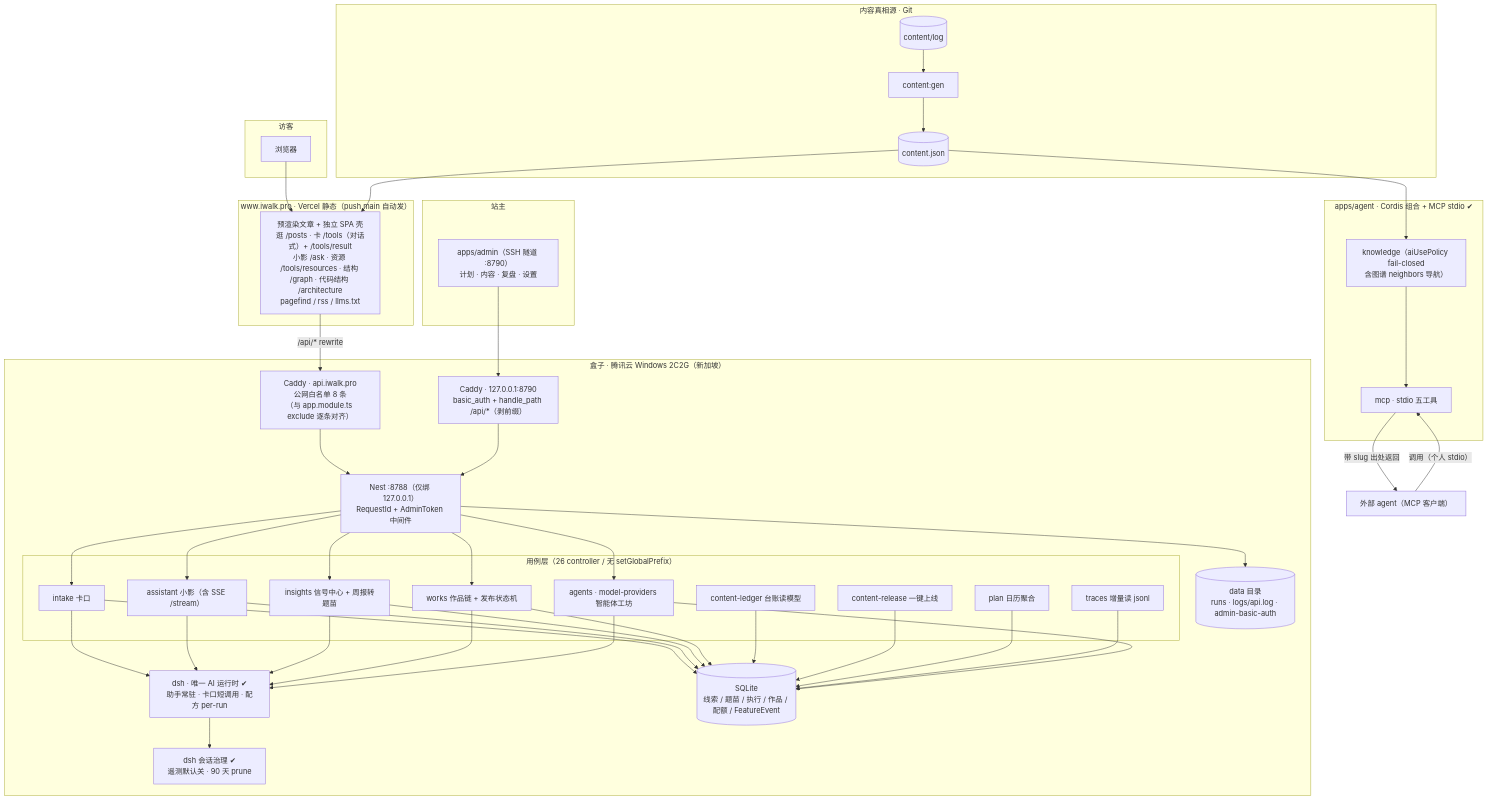
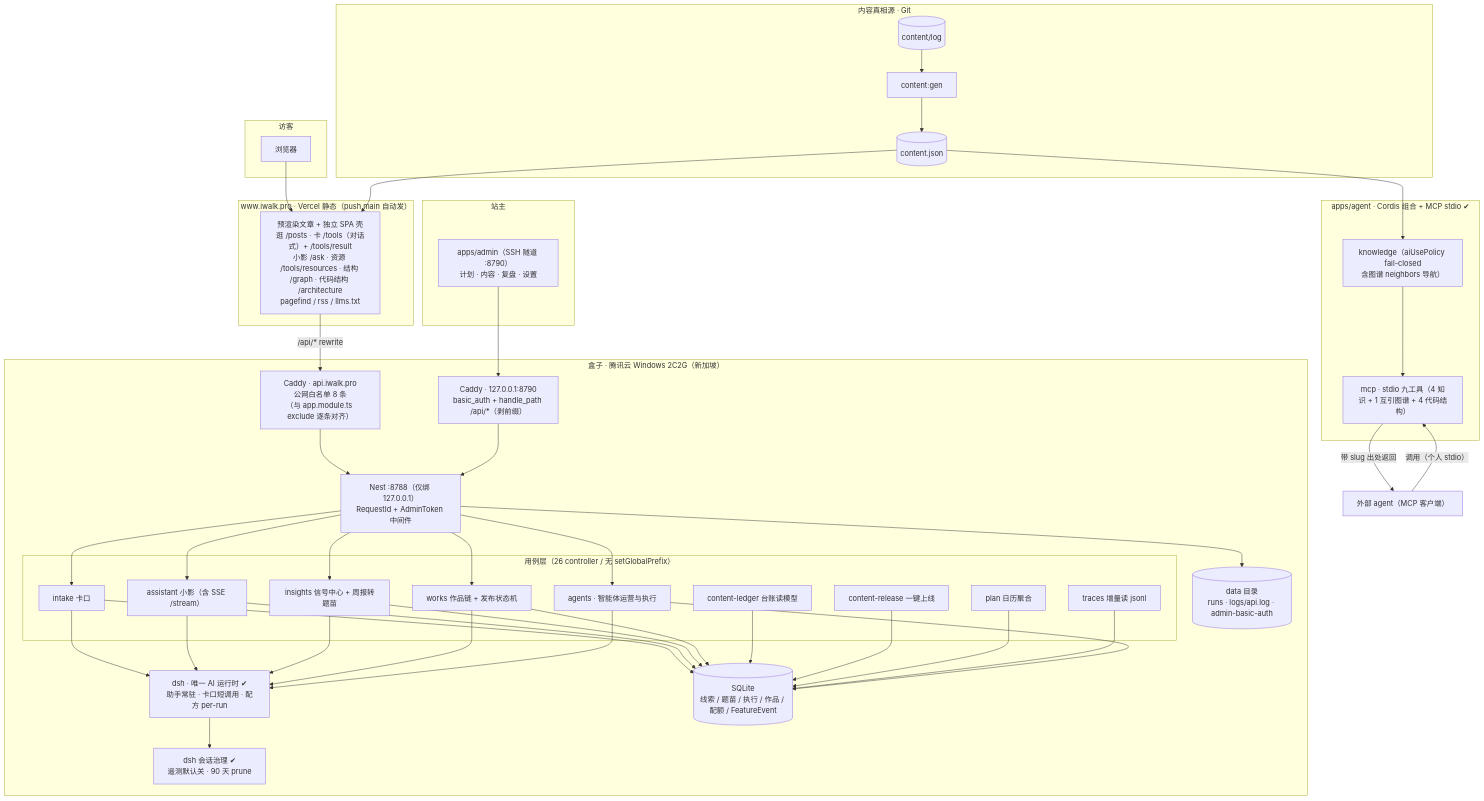
The third of 6 diagrams in docs/ARCHITECTURE.md (AdgaiWalker/AdgaiWalker), drawn with Mermaid before and after one commit. The commit also changed other lines of this file and 630 other files, not shown here.

````diff
--- a/docs/ARCHITECTURE.md
+++ b/docs/ARCHITECTURE.md
@@ -71,61 +98,61 @@
 ```mermaid
 flowchart TB
     subgraph visitor["访客"]
         VB["浏览器"]
     end
 
     subgraph vercel["www.iwalk.pro · Vercel 静态（push main 自动发）"]
         WEB["预渲染文章 + 独立 SPA 壳<br/>逛 /posts · 卡 /tools（对话式）+ /tools/result<br/>小影 /ask · 资源 /tools/resources · 结构 /graph · 代码结构 /architecture<br/>pagefind / rss / llms.txt"]
     end
 
     subgraph box["盒子 · 腾讯云 Windows 2C2G（新加坡）"]
         CPUB["Caddy · api.iwalk.pro<br/>公网白名单 8 条<br/>（与 app.module.ts exclude 逐条对齐）"]
         CADM["Caddy · 127.0.0.1:8790<br/>basic_auth + handle_path /api/*（剥前缀）"]
         NEST["Nest :8788（仅绑 127.0.0.1）<br/>RequestId + AdminToken 中间件"]
         subgraph usc["用例层（26 controller / 无 setGlobalPrefix）"]
             INTAKE["intake 卡口"]
             ASSIST["assistant 小影（含 SSE /stream）"]
             INSIGHT["insights 信号中心 + 周报转题苗"]
             PIPE["works 作品链 + 发布状态机"]
             LEDGER["content-ledger 台账读模型"]
             RELEASE["content-release 一键上线"]
             PLAN["plan 日历聚合"]
             TRACE["traces 增量读 jsonl"]
-            WORKSHOP["agents · model-providers 智能体工坊"]
+            WORKSHOP["agents · 智能体运营与执行"]
         end
         DSH["dsh · 唯一 AI 运行时 ✔<br/>助手常驻 · 卡口短调用 · 配方 per-run"]
         GOV["dsh 会话治理 ✔<br/>遥测默认关 · 90 天 prune"]
         DB[("SQLite<br/>线索 / 题苗 / 执行 / 作品 / 配额 / FeatureEvent")]
         DSKDATA[("data 目录<br/>runs · logs/api.log · admin-basic-auth")]
     end
 
     subgraph owner["站主"]
         ADMIN["apps/admin（SSH 隧道 :8790）<br/>计划 · 内容 · 复盘 · 设置"]
     end
 
     subgraph gitc["内容真相源 · Git"]
         LOG[("content/log")]
         GEN["content:gen"]
         CJ[("content.json")]
     end
 
     subgraph agentx["apps/agent · Cordis 组合 + MCP stdio ✔"]
         K["knowledge（aiUsePolicy fail-closed<br/>含图谱 neighbors 导航）"]
-        M["mcp · stdio 五工具"]
+        M["mcp · stdio 九工具（4 知识 + 1 互引图谱 + 4 代码结构）"]
     end
 
     EXT["外部 agent（MCP 客户端）"]
 
     VB --> WEB
     WEB -->|"/api/* rewrite"| CPUB --> NEST
     ADMIN --> CADM --> NEST
     NEST --> INTAKE & ASSIST & INSIGHT & PIPE & WORKSHOP
     INTAKE & ASSIST & INSIGHT & PIPE & WORKSHOP --> DSH
     INTAKE & ASSIST & INSIGHT & PIPE & LEDGER & RELEASE & PLAN & TRACE & WORKSHOP --> DB
     NEST --> DSKDATA
     DSH --> GOV
     LOG --> GEN --> CJ --> WEB
     CJ --> K --> M
     EXT -->|"调用（个人 stdio）"| M
     M -->|"带 slug 出处返回"| EXT
 ```
````
